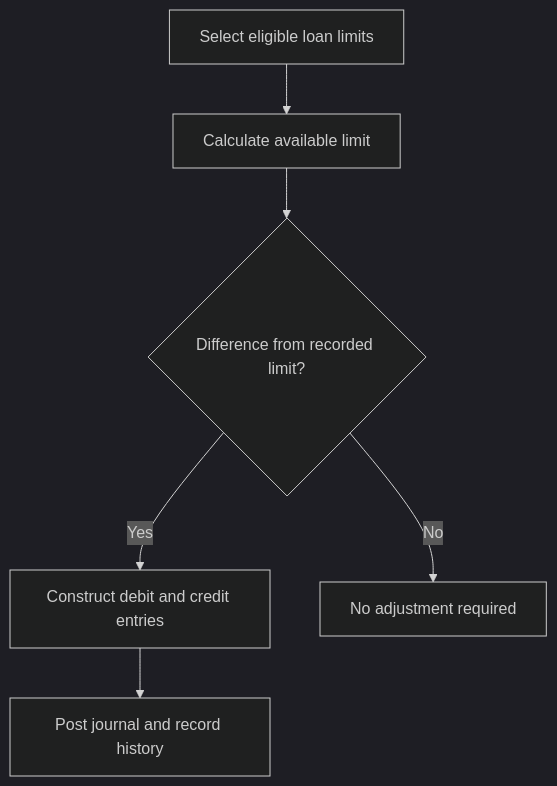
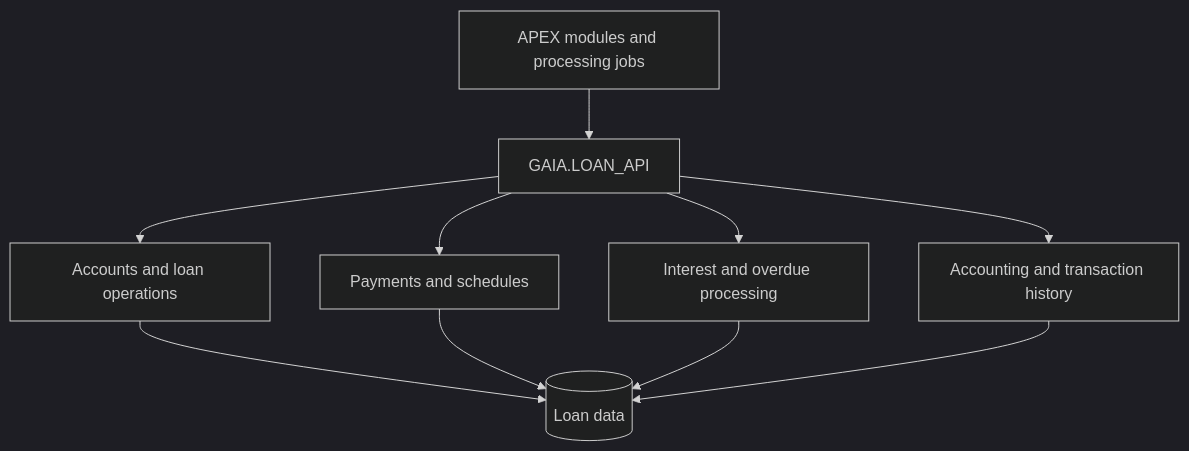
The diagram in docs/index.md (SadayCb/gni-documentation-poc7.0), drawn with Mermaid (dark theme) before and after one commit. The commit also changed other lines of this file, not shown here.

Commit message:
docs: improve docs/index.md landing and conceptual workflows

````diff
--- a/docs/index.md
+++ b/docs/index.md
@@ -39,8 +39,12 @@
 ```mermaid
 flowchart TD
-    A[Select eligible loan limits] --> B[Calculate available limit]
-    B --> C{Difference from recorded limit?}
-    C -->|Yes| D[Construct debit and credit entries]
-    C -->|No| E[No adjustment required]
-    D --> F[Post journal and record history]
+    A[APEX modules and processing jobs] --> B[GAIA.LOAN_API]
+    B --> C[Accounts and loan operations]
+    B --> D[Payments and schedules]
+    B --> E[Interest and overdue processing]
+    B --> F[Accounting and transaction history]
+    C --> G[(Loan data)]
+    D --> G
+    E --> G
+    F --> G
 ```
````
